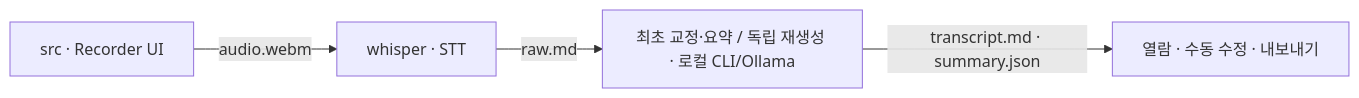
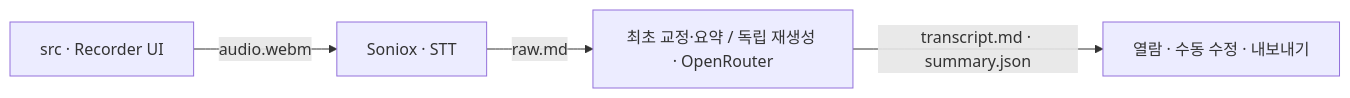
The diagram in AGENTS.md (seanwoo-personal/ai-note), drawn with Mermaid before and after one commit. The commit also changed other lines of this file and 307 other files, not shown here.

````diff
--- a/AGENTS.md
+++ b/AGENTS.md
@@ -9,6 +9,6 @@
 ```mermaid
 flowchart LR
-    R["src · Recorder UI"] -->|audio.webm| W["whisper · STT"]
-    W -->|raw.md| S["최초 교정·요약 / 독립 재생성 · 로컬 CLI/Ollama"]
+    R["src · Recorder UI"] -->|audio.webm| W["Soniox · STT"]
+    W -->|raw.md| S["최초 교정·요약 / 독립 재생성 · OpenRouter"]
     S -->|transcript.md · summary.json| V["열람 · 수동 수정 · 내보내기"]
 ```
````
